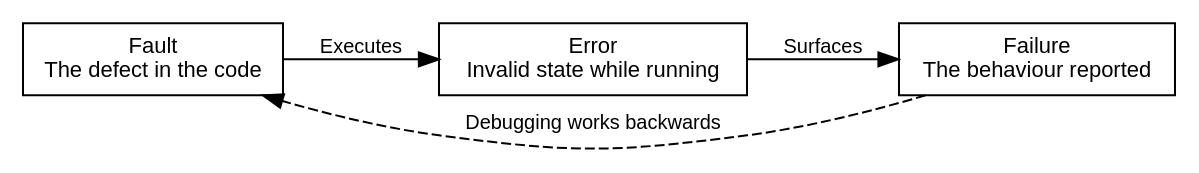
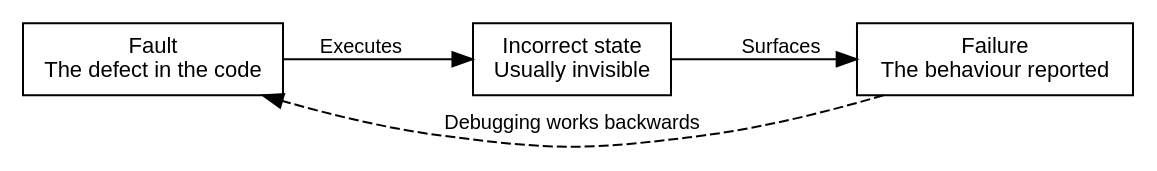
One commit to ubccpsc/210 changed the diagram in docs/part3/05_debugging.md. Above: the diagram before and after it, drawn with Graphviz. The commit also changed other lines of this file and 2 other files, not shown here.

````diff
--- a/docs/part3/05_debugging.md
+++ b/docs/part3/05_debugging.md
@@ -31,15 +29,15 @@
 ```graphviz
 digraph faultChain {
   rankdir = LR;
   node [shape = box, fontname = "sans-serif", fontsize = 11];
   edge [fontname = "sans-serif", fontsize = 10];
 
   fault   [label = "Fault\nThe defect in the code"];
-  error   [label = "Error\nInvalid state while running"];
+  state   [label = "Incorrect state\nUsually invisible"];
   failure [label = "Failure\nThe behaviour reported"];
 
-  fault -> error   [label = "Executes"];
-  error -> failure [label = "Surfaces"];
+  fault -> state   [label = "Executes"];
+  state -> failure [label = "Surfaces"];
   failure -> fault [label = "Debugging works backwards", style = dashed, constraint = false];
 }
 ```
````
